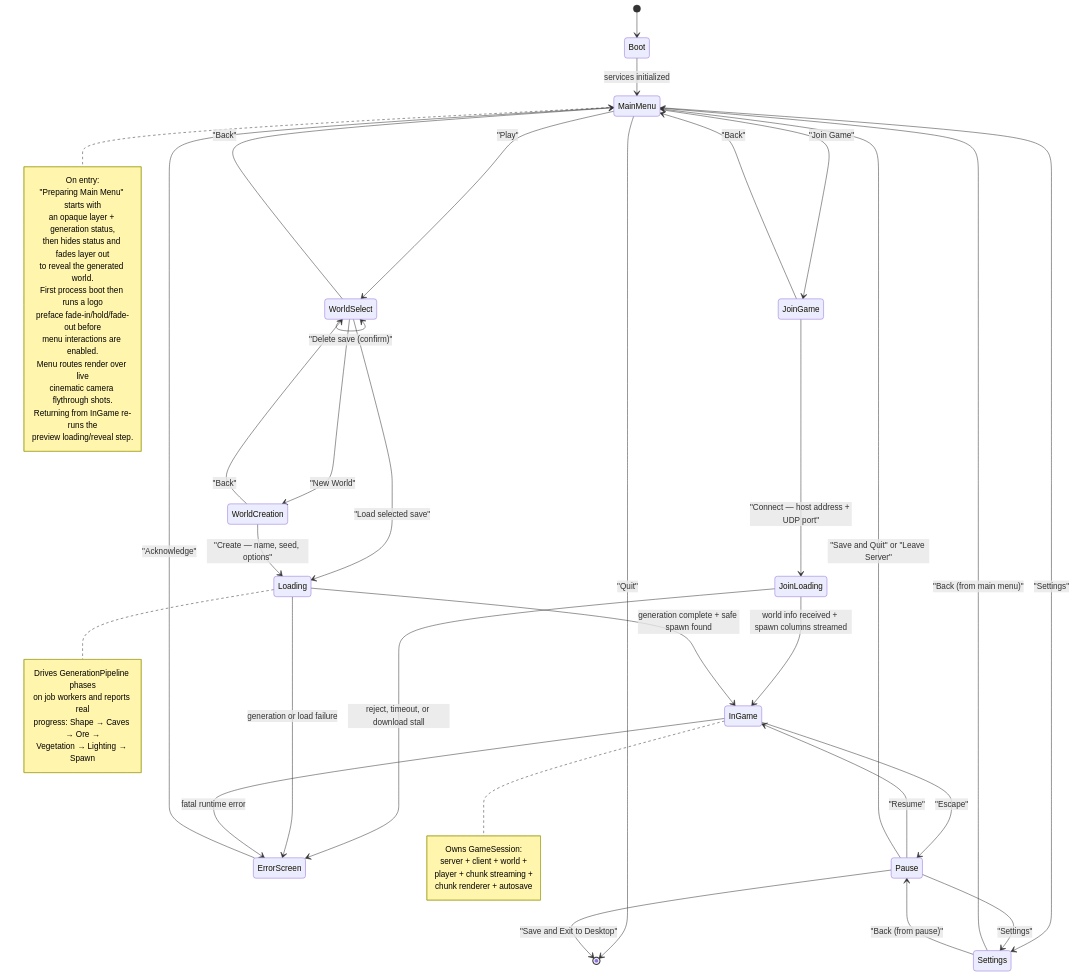
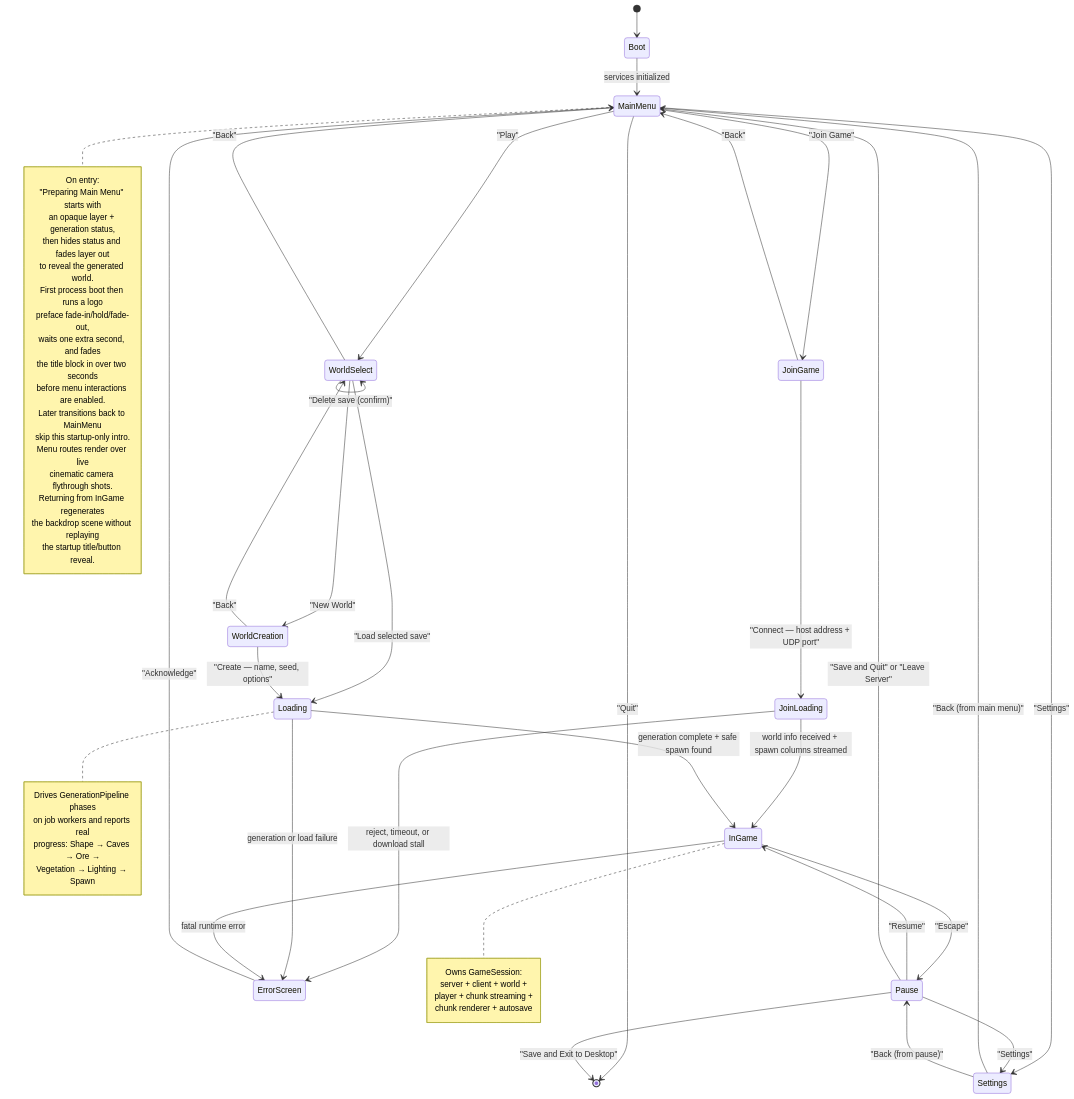
Before and after one commit to GoGurtPrime/voxels: the third of 17 diagrams in DIAGRAMS.md, drawn with Mermaid. The commit also changed 5 other files, not shown here.

Commit message:
Agent: Refine startup main-menu intro timing

````diff
--- a/DIAGRAMS.md
+++ b/DIAGRAMS.md
@@ -146,70 +146,75 @@
 ```mermaid
 stateDiagram-v2
     [*] --> Boot
 
     Boot --> MainMenu: services initialized
 
     MainMenu --> WorldSelect: "Play"
     MainMenu --> JoinGame: "Join Game"
     MainMenu --> Settings: "Settings"
     MainMenu --> [*]: "Quit"
 
     JoinGame --> JoinLoading: "Connect — host address + UDP port"
     JoinGame --> MainMenu: "Back"
 
     JoinLoading --> InGame: world info received + spawn columns streamed
     JoinLoading --> ErrorScreen: reject, timeout, or download stall
 
     WorldSelect --> WorldCreation: "New World"
     WorldSelect --> Loading: "Load selected save"
     WorldSelect --> WorldSelect: "Delete save (confirm)"
     WorldSelect --> MainMenu: "Back"
 
     WorldCreation --> Loading: "Create — name, seed, options"
     WorldCreation --> WorldSelect: "Back"
 
     Loading --> InGame: generation complete + safe spawn found
     Loading --> ErrorScreen: generation or load failure
 
     InGame --> Pause: "Escape"
     InGame --> ErrorScreen: fatal runtime error
 
     Pause --> InGame: "Resume"
     Pause --> Settings: "Settings"
     Pause --> MainMenu: "Save and Quit" or "Leave Server"
     Pause --> [*]: "Save and Exit to Desktop"
 
     Settings --> MainMenu: "Back (from main menu)"
     Settings --> Pause: "Back (from pause)"
 
     ErrorScreen --> MainMenu: "Acknowledge"
 
     note right of MainMenu
         On entry:
         "Preparing Main Menu" starts with
         an opaque layer + generation status,
         then hides status and fades layer out
         to reveal the generated world.
         First process boot then runs a logo
-        preface fade-in/hold/fade-out before
-        menu interactions are enabled.
+        preface fade-in/hold/fade-out,
+        waits one extra second, and fades
+        the title block in over two seconds
+        before menu interactions are enabled.
+        Later transitions back to MainMenu
+        skip this startup-only intro.
         Menu routes render over live
         cinematic camera flythrough shots.
-        Returning from InGame re-runs the
-        preview loading/reveal step.
+        Returning from InGame regenerates
+        the backdrop scene without replaying
+        the startup title/button reveal.
     end note
 
     note right of Loading
         Drives GenerationPipeline phases
         on job workers and reports real
         progress: Shape → Caves → Ore →
         Vegetation → Lighting → Spawn
     end note
 
     note right of InGame
         Owns GameSession:
         server + client + world +
         player + chunk streaming +
         chunk renderer + autosave
     end note
 ```
````
